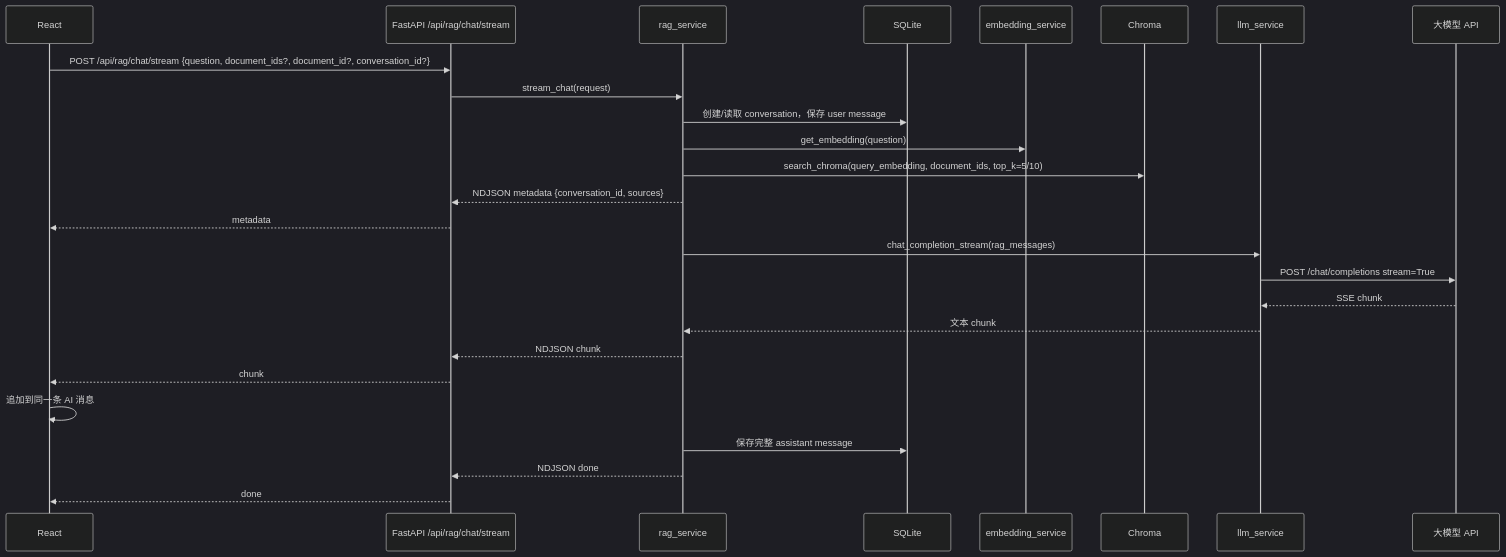
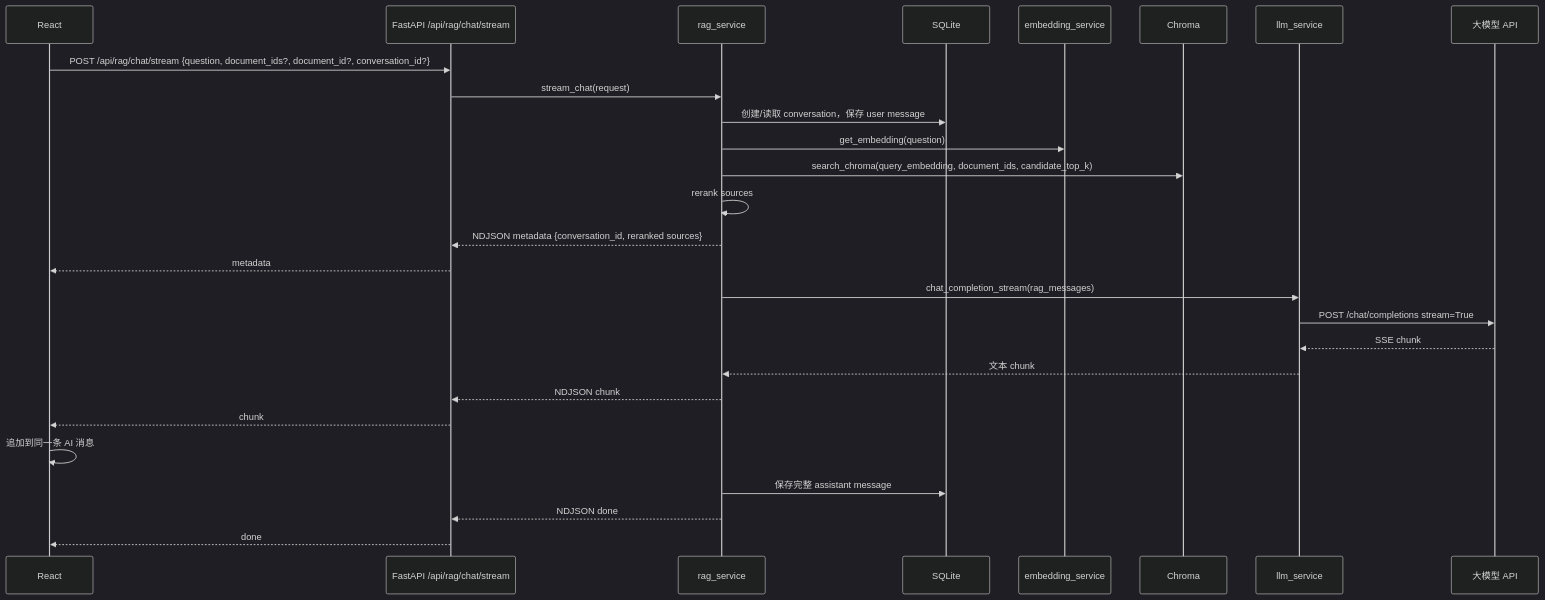
One commit to taoyuanjushi/ai-qa-assistant changed the fifth of 5 diagrams in docs/chat_flow.md. Above: the diagram before and after it, drawn with Mermaid (dark theme). The commit also changed other lines of this file and 59 other files, not shown here.

````diff
--- a/docs/chat_flow.md
+++ b/docs/chat_flow.md
@@ -452,29 +614,30 @@
 ```mermaid
 sequenceDiagram
     participant R as React
     participant A as FastAPI /api/rag/chat/stream
     participant G as rag_service
     participant D as SQLite
     participant E as embedding_service
     participant C as Chroma
     participant L as llm_service
     participant M as 大模型 API
 
     R->>A: POST /api/rag/chat/stream {question, document_ids?, document_id?, conversation_id?}
     A->>G: stream_chat(request)
     G->>D: 创建/读取 conversation，保存 user message
     G->>E: get_embedding(question)
-    G->>C: search_chroma(query_embedding, document_ids, top_k=5/10)
-    G-->>A: NDJSON metadata {conversation_id, sources}
+    G->>C: search_chroma(query_embedding, document_ids, candidate_top_k)
+    G->>G: rerank sources
+    G-->>A: NDJSON metadata {conversation_id, reranked sources}
     A-->>R: metadata
     G->>L: chat_completion_stream(rag_messages)
     L->>M: POST /chat/completions stream=True
     M-->>L: SSE chunk
     L-->>G: 文本 chunk
     G-->>A: NDJSON chunk
     A-->>R: chunk
     R->>R: 追加到同一条 AI 消息
     G->>D: 保存完整 assistant message
     G-->>A: NDJSON done
     A-->>R: done
 ```
````
